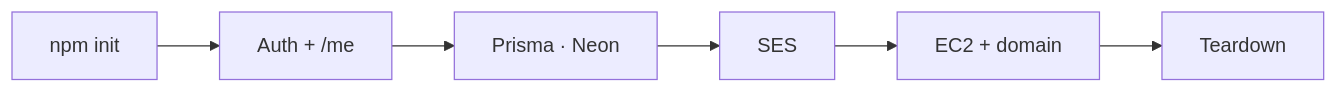
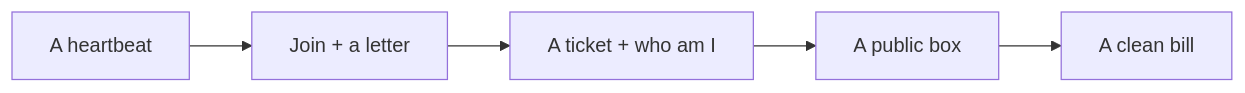
The diagram in content/tracks/backend-from-zero/lessons/35-close.md (sreecharan-desu/hackx-slides), drawn with Mermaid before and after one commit. The commit also changed other lines of this file and 35 other files, not shown here.

````diff
--- a/content/tracks/backend-from-zero/lessons/35-close.md
+++ b/content/tracks/backend-from-zero/lessons/35-close.md
@@ -10,8 +10,7 @@
 ```mermaid
 flowchart LR
-  A[npm init] --> B[Auth + /me]
-  B --> C[Prisma · Neon]
-  C --> D[SES]
-  D --> E[EC2 + domain]
-  E --> F[Teardown]
+  A[A heartbeat] --> B[Join + a letter]
+  B --> C[A ticket + who am I]
+  C --> D[A public box]
+  D --> E[A clean bill]
 ```
````
